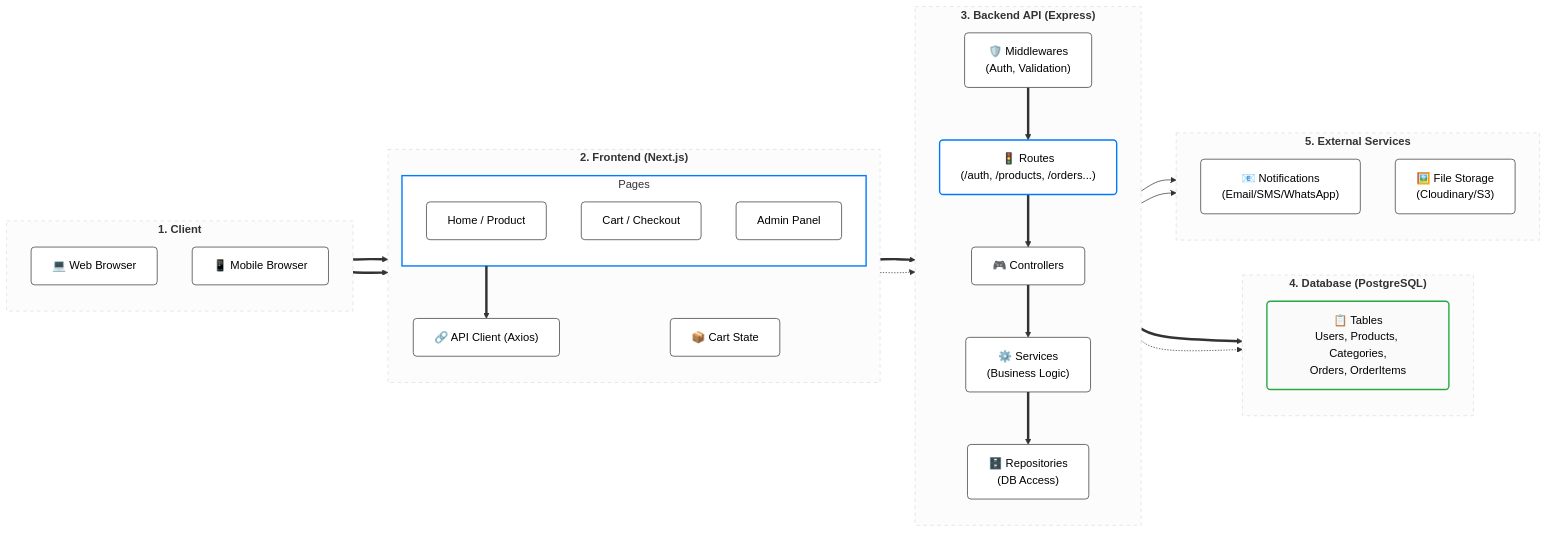
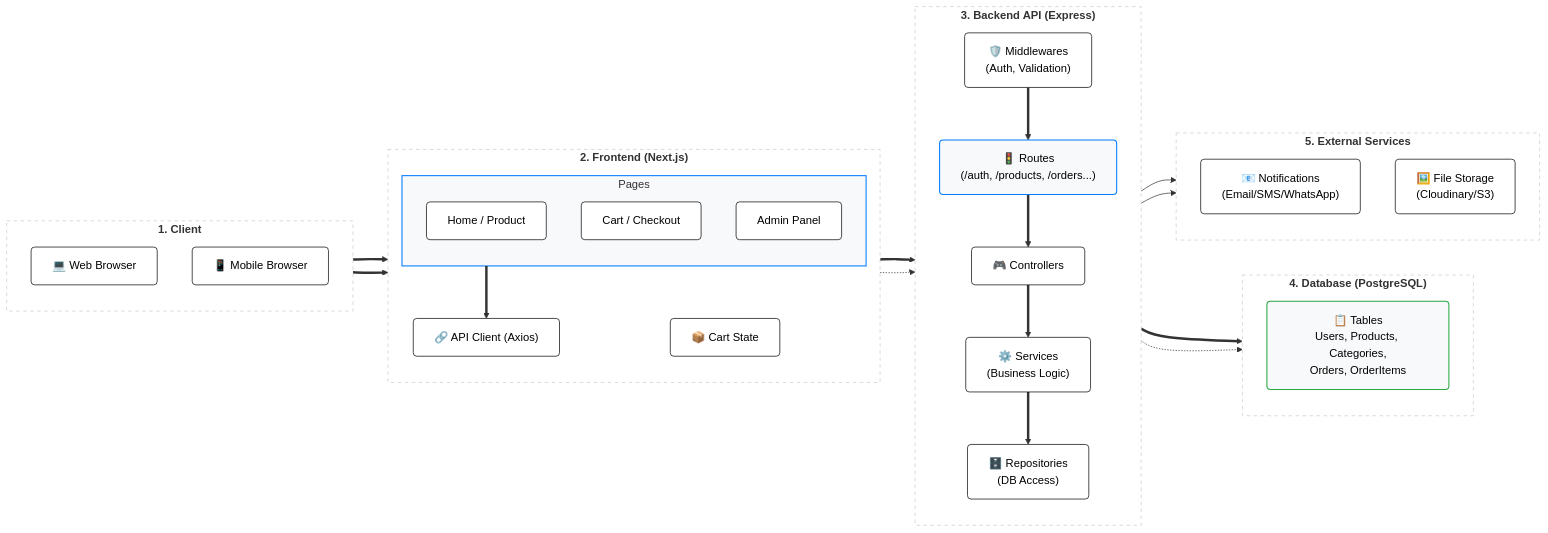
One commit to zakaishere/arch changed the first of 4 diagrams in README.md. Above: the diagram before and after it, drawn with Mermaid. The commit also changed other lines of this file, not shown here.

````diff
--- a/README.md
+++ b/README.md
@@ -11,70 +11,70 @@
 ```mermaid
 graph LR
     %% 1. Client Section
     subgraph Client ["<b>1. Client</b>"]
         direction TB
         C_Web["💻 Web Browser"]
         C_Mob["📱 Mobile Browser"]
     end
 
     %% 2. Frontend Section
     subgraph Frontend ["<b>2. Frontend (Next.js)</b>"]
         direction TB
         subgraph FE_Pages ["Pages"]
             P_Home["Home / Product"]
             P_Cart["Cart / Checkout"]
             P_Admin["Admin Panel"]
         end
         FE_State["📦 Cart State"]
         FE_API["🔗 API Client (Axios)"]
     end
 
     %% 3. Backend Section
     subgraph Backend ["<b>3. Backend API (Express)</b>"]
         direction TB
         BE_Mid["🛡️ Middlewares<br/>(Auth, Validation)"]
         BE_Routes["🚦 Routes<br/>(/auth, /products, /orders...)"]
         BE_Ctrl["🎮 Controllers"]
         BE_Svc["⚙️ Services<br/>(Business Logic)"]
         BE_Repo["🗄️ Repositories<br/>(DB Access)"]
     end
 
     %% 4. Database Section
     subgraph DB ["<b>4. Database (PostgreSQL)</b>"]
         direction TB
         DB_Tables["📋 Tables<br/>Users, Products, Categories,<br/>Orders, OrderItems"]
     end
 
     %% 5. External Section
     subgraph Ext ["<b>5. External Services</b>"]
         direction TB
         E_Notify["📧 Notifications<br/>(Email/SMS/WhatsApp)"]
         E_Storage["🖼️ File Storage<br/>(Cloudinary/S3)"]
     end
 
     %% Flows
     C_Web & C_Mob ==> FE_Pages
     FE_Pages ==> FE_API
     FE_API ==> BE_Mid
     BE_Mid ==> BE_Routes
     BE_Routes ==> BE_Ctrl
     BE_Ctrl ==> BE_Svc
     BE_Svc ==> BE_Repo
     BE_Repo ==> DB_Tables
     
     P_Admin -.-> BE_Routes
     BE_Routes -.-> DB_Tables
 
     BE_Svc --> E_Notify
     BE_Svc --> E_Storage
 
-    %% Global Styling
-    classDef default fill:#ffffff,stroke:#333333,stroke-width:1px,color:#000000,rx:5,ry:5;
-    classDef container fill:#fcfcfc,stroke:#dddddd,stroke-width:1px,stroke-dasharray: 5 5;
-    classDef highlight fill:#ffffff,stroke:#007bff,stroke-width:2px;
-    classDef dbStyle fill:#fafafa,stroke:#28a745,stroke-width:2px;
+    %% Global Styling - Optimized for GitHub (Light/High-Contrast)
+    classDef default fill:#ffffff,stroke:#000000,stroke-width:1px,color:#000000,rx:5,ry:5;
+    classDef container fill:#ffffff,stroke:#cccccc,stroke-width:1px,stroke-dasharray: 5 5;
+    classDef highlight fill:#f8f9fa,stroke:#007bff,stroke-width:1.5px;
+    classDef dbStyle fill:#f8f9fa,stroke:#28a745,stroke-width:1.5px;
 
     class Client,Frontend,Backend,DB,Ext container;
     class FE_Pages,BE_Routes highlight;
     class DB_Tables dbStyle;
 ```
````
